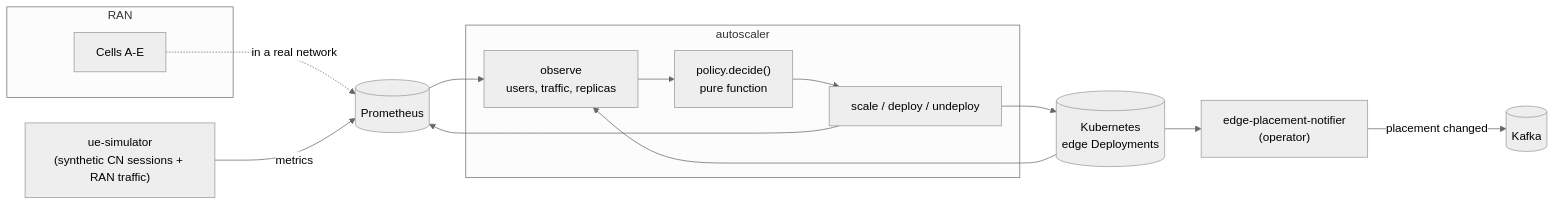
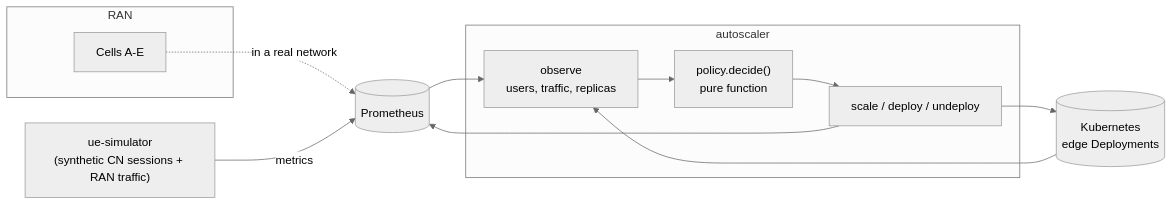
The diagram in docs/architecture.md (mdalgitsis/ran-aware-edge-autoscaling), drawn with Mermaid (neutral theme) before and after one commit. The commit also changed other lines of this file and 55 other files, not shown here.

First line of the commit message:
Move the placement notifier out to its own repository

````diff
--- a/docs/architecture.md
+++ b/docs/architecture.md
@@ -31,25 +31,22 @@
 ```mermaid
 flowchart LR
     subgraph ran["RAN"]
         cells["Cells A-E"]
     end
     sim["ue-simulator<br/>(synthetic CN sessions + RAN traffic)"]
     prom[("Prometheus")]
     subgraph loop["autoscaler"]
         observe["observe<br/>users, traffic, replicas"]
         policy["policy.decide()<br/>pure function"]
         act["scale / deploy / undeploy"]
         observe --> policy --> act
     end
     k8s[("Kubernetes<br/>edge Deployments")]
-    op["edge-placement-notifier<br/>(operator)"]
-    kafka[("Kafka")]
 
     cells -.->|in a real network| prom
     sim -->|metrics| prom
     prom --> observe
     k8s --> observe
     act --> k8s
-    k8s --> op -->|placement changed| kafka
     act --> prom
 ```
````
